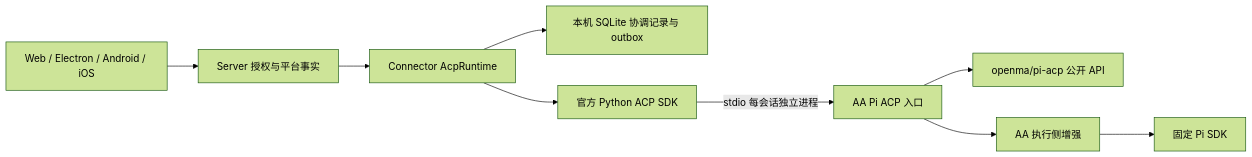
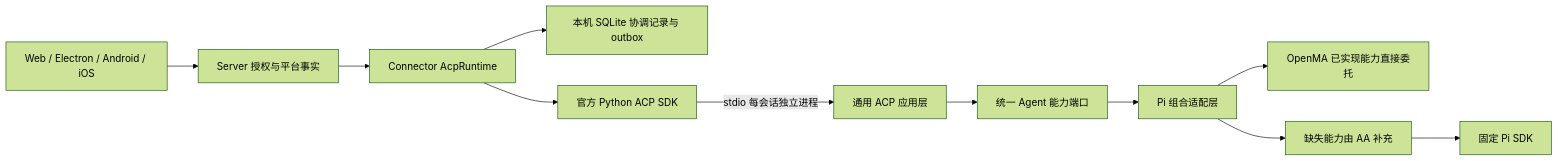
Before and after one commit to congwa/Agents-Anywhere: the diagram in docs/runtime-protocol/acp-runtime-integration-plan.md, drawn with Mermaid (forest theme). The commit also changed other lines of this file and 5 other files, not shown here.

Commit message:
docs(runtime): document ACP composition and four-client reuse

````diff
--- a/docs/runtime-protocol/acp-runtime-integration-plan.md
+++ b/docs/runtime-protocol/acp-runtime-integration-plan.md
@@ -7,11 +7,13 @@
 ```mermaid
 flowchart LR
     Clients[Web / Electron / Android / iOS] --> Server[Server 授权与平台事实]
     Server --> Connector[Connector AcpRuntime]
     Connector --> Store[本机 SQLite 协调记录与 outbox]
     Connector --> Client[官方 Python ACP SDK]
-    Client -->|stdio 每会话独立进程| Agent[AA Pi ACP 入口]
-    Agent --> Openma[openma/pi-acp 公开 API]
-    Agent --> Enhancement[AA 执行侧增强]
+    Client -->|stdio 每会话独立进程| Application[通用 ACP 应用层]
+    Application --> Port[统一 Agent 能力端口]
+    Port --> Pi[Pi 组合适配层]
+    Pi --> Openma[OpenMA 已实现能力直接委托]
+    Pi --> Enhancement[缺失能力由 AA 补充]
     Enhancement --> SDK[固定 Pi SDK]
 ```
````
